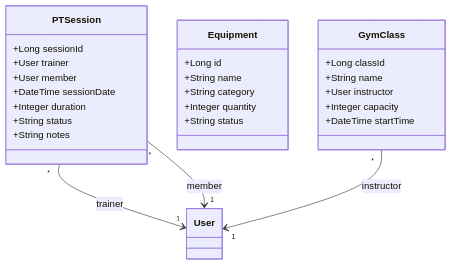
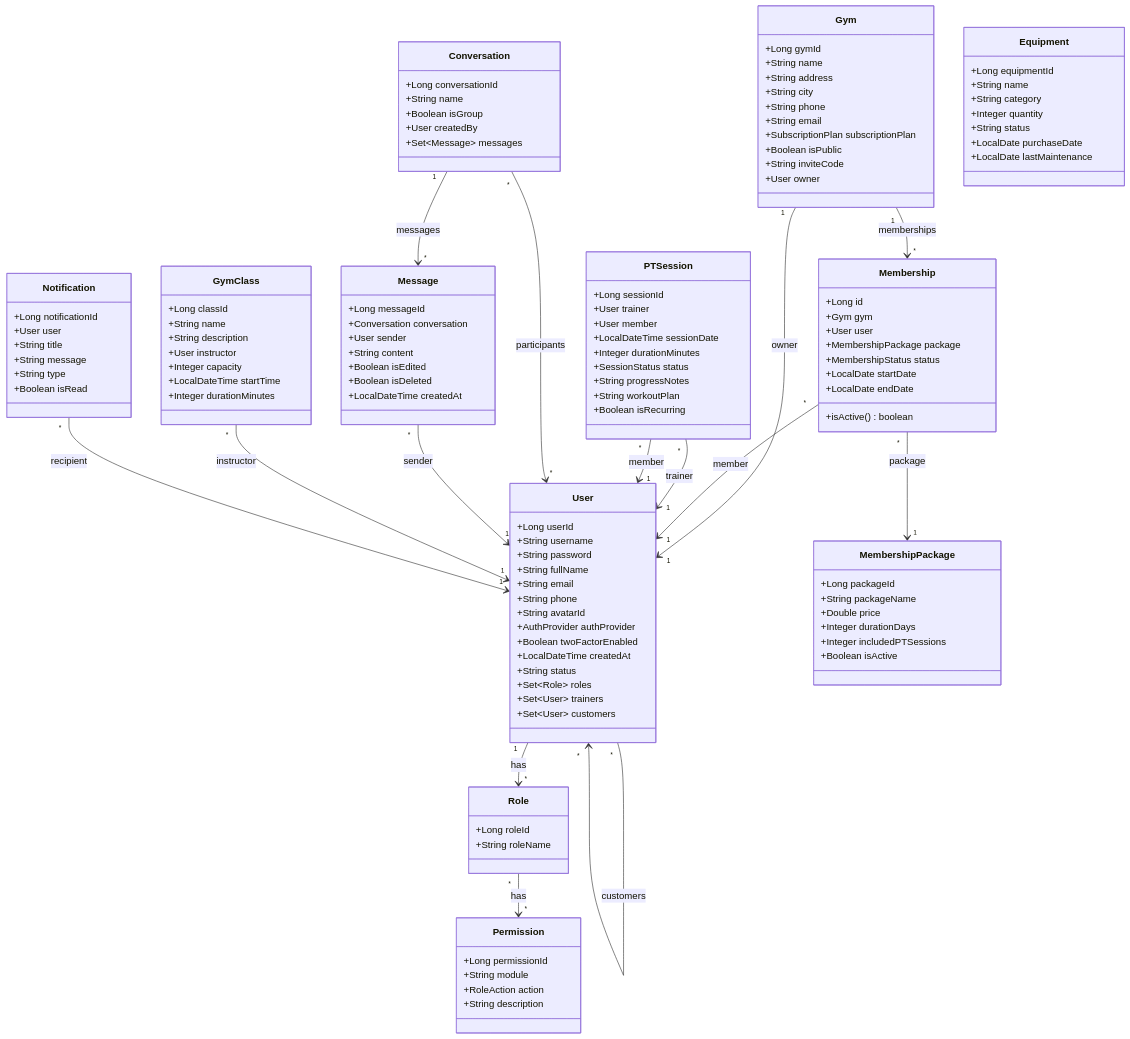
Before and after one commit to coded-with-aryan0426/gym-management-system-fullstack: the first of 8 diagrams in docs/uml_diagrams.md, drawn with Mermaid. The commit also changed other lines of this file and 16 other files, not shown here.

````diff
--- a/docs/uml_diagrams.md
+++ b/docs/uml_diagrams.md
@@ -75,32 +5,140 @@
 ```mermaid
 classDiagram
+    class User {
+        +Long userId
+        +String username
+        +String password
+        +String fullName
+        +String email
+        +String phone
+        +String avatarId
+        +AuthProvider authProvider
+        +Boolean twoFactorEnabled
+        +LocalDateTime createdAt
+        +String status
+        +Set~Role~ roles
+        +Set~User~ trainers
+        +Set~User~ customers
+    }
+
+    class Gym {
+        +Long gymId
+        +String name
+        +String address
+        +String city
+        +String phone
+        +String email
+        +SubscriptionPlan subscriptionPlan
+        +Boolean isPublic
+        +String inviteCode
+        +User owner
+    }
+
+    class Membership {
+        +Long id
+        +Gym gym
+        +User user
+        +MembershipPackage package
+        +MembershipStatus status
+        +LocalDate startDate
+        +LocalDate endDate
+        +isActive() boolean
+    }
+
+    class MembershipPackage {
+        +Long packageId
+        +String packageName
+        +Double price
+        +Integer durationDays
+        +Integer includedPTSessions
+        +Boolean isActive
+    }
+
     class PTSession {
         +Long sessionId
         +User trainer
         +User member
-        +DateTime sessionDate
-        +Integer duration
-        +String status
-        +String notes
+        +LocalDateTime sessionDate
+        +Integer durationMinutes
+        +SessionStatus status
+        +String progressNotes
+        +String workoutPlan
+        +Boolean isRecurring
+    }
+
+    class Role {
+        +Long roleId
+        +String roleName
+    }
+
+    class Permission {
+        +Long permissionId
+        +String module
+        +RoleAction action
+        +String description
+    }
+
+    class Conversation {
+        +Long conversationId
+        +String name
+        +Boolean isGroup
+        +User createdBy
+        +Set~Message~ messages
+    }
+
+    class Message {
+        +Long messageId
+        +Conversation conversation
+        +User sender
+        +String content
+        +Boolean isEdited
+        +Boolean isDeleted
+        +LocalDateTime createdAt
     }
 
     class Equipment {
-        +Long id
+        +Long equipmentId
         +String name
         +String category
         +Integer quantity
         +String status
+        +LocalDate purchaseDate
+        +LocalDate lastMaintenance
     }
 
     class GymClass {
         +Long classId
         +String name
+        +String description
         +User instructor
         +Integer capacity
-        +DateTime startTime
+        +LocalDateTime startTime
+        +Integer durationMinutes
     }
 
+    class Notification {
+        +Long notificationId
+        +User user
+        +String title
+        +String message
+        +String type
+        +Boolean isRead
+    }
+
+    %% Relationships
+    User "1" --> "*" Role : has
+    User "1" --> "*" User : trains
+    User "*" --> "*" User : customers
+    Gym "1" --> "1" User : owner
+    Gym "1" --> "*" Membership : memberships
+    Membership "*" --> "1" User : member
+    Membership "*" --> "1" MembershipPackage : package
     PTSession "*" --> "1" User : trainer
     PTSession "*" --> "1" User : member
+    Conversation "*" --> "*" User : participants
+    Conversation "1" --> "*" Message : messages
+    Message "*" --> "1" User : sender
     GymClass "*" --> "1" User : instructor
+    Notification "*" --> "1" User : recipient
+    Role "*" --> "*" Permission : has
 ```
````
